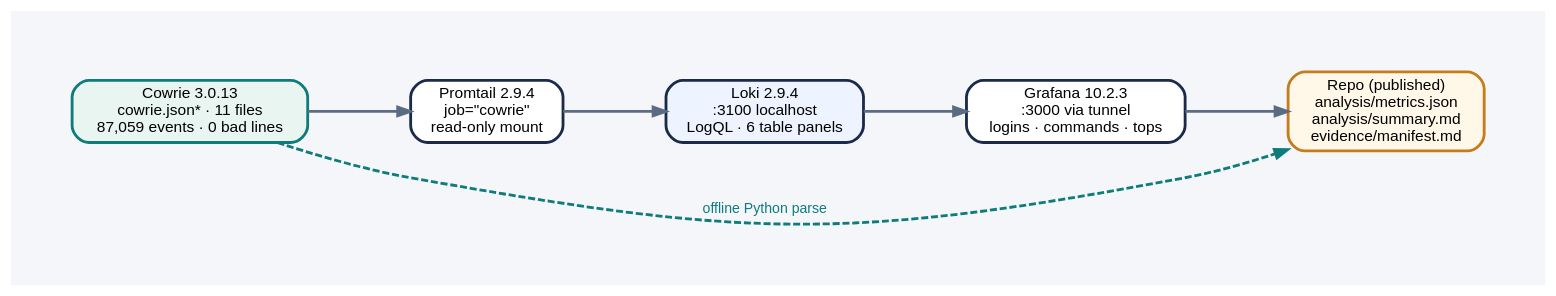
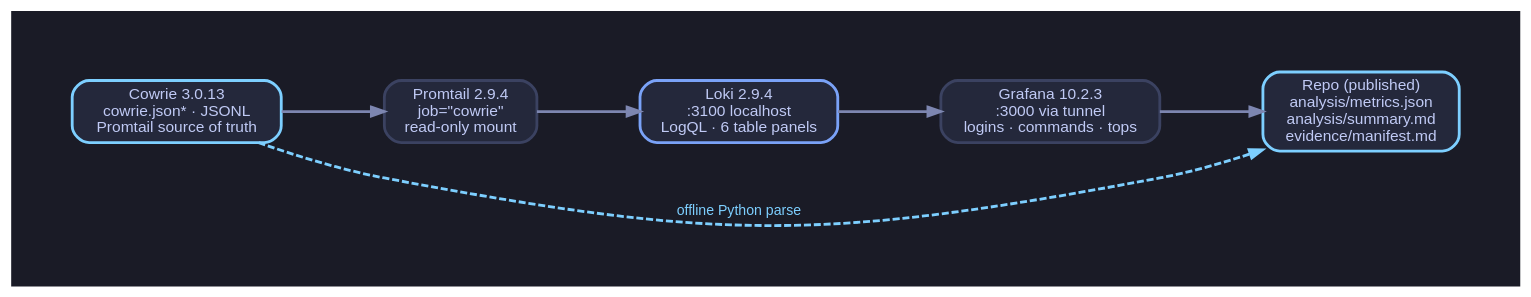
The diagram in diagrams/data-pipeline.dot (aaadarsh1337/threat-harbour), drawn with Graphviz before and after one commit. The commit also changed 3 other files, not shown here.

```diff
--- a/diagrams/data-pipeline.dot
+++ b/diagrams/data-pipeline.dot
@@ -1,23 +1,27 @@
 // Source for diagrams/data-pipeline.png — render with:
 //   dot -Tpng -Gdpi=150 diagrams/data-pipeline.dot -o diagrams/data-pipeline.png
+// Theme: Tokyo Night (matches aaadarsh1337.github.io/intel + css/tokens.css).
+// NOTE: node labels stay count-free so the diagram never goes stale;
+// live numbers live in analysis/metrics.json, not in the image.
 digraph pipeline {
   rankdir=LR;
-  bgcolor="#f4f6f9";
+  bgcolor="#1a1b26";
   pad=0.6;
   nodesep=0.7;
   ranksep=1.0;
-  node [shape=box, style="rounded,filled", fontname="Helvetica", fontsize=11, color="#1b2a4a", penwidth=2];
-  edge [fontname="Helvetica", fontsize=10, fontcolor="#5b6b82", color="#5b6b82", penwidth=2, arrowsize=0.9];
+  node [shape=box, style="rounded,filled", fontname="Helvetica", fontsize=11,
+        fillcolor="#24283b", fontcolor="#c0caf5", color="#3b4261", penwidth=2];
+  edge [fontname="Helvetica", fontsize=10, fontcolor="#7d86b0", color="#7d86b0", penwidth=2, arrowsize=0.9];
 
-  cowrie [label="Cowrie 3.0.13\ncowrie.json* · 11 files\n87,059 events · 0 bad lines", fillcolor="#e9f5f0", color="#0e7c7b"];
-  promtail [label="Promtail 2.9.4\njob=\"cowrie\"\nread-only mount", fillcolor="white"];
-  loki [label="Loki 2.9.4\n:3100 localhost\nLogQL · 6 table panels", fillcolor="#eef4ff"];
-  grafana [label="Grafana 10.2.3\n:3000 via tunnel\nlogins · commands · tops", fillcolor="white"];
-  repo [label="Repo (published)\nanalysis/metrics.json\nanalysis/summary.md\nevidence/manifest.md", fillcolor="#fff7e8", color="#c67c1b"];
+  cowrie [label="Cowrie 3.0.13\ncowrie.json* · JSONL\nPromtail source of truth", color="#7dcfff"];
+  promtail [label="Promtail 2.9.4\njob=\"cowrie\"\nread-only mount"];
+  loki [label="Loki 2.9.4\n:3100 localhost\nLogQL · 6 table panels", color="#7aa2f7"];
+  grafana [label="Grafana 10.2.3\n:3000 via tunnel\nlogins · commands · tops"];
+  repo [label="Repo (published)\nanalysis/metrics.json\nanalysis/summary.md\nevidence/manifest.md", color="#7dcfff"];
 
   cowrie -> promtail;
   promtail -> loki;
   loki -> grafana;
   grafana -> repo;
-  cowrie -> repo [label="offline Python parse", style=dashed, color="#0e7c7b", fontcolor="#0e7c7b", constraint=false];
+  cowrie -> repo [label="offline Python parse", style=dashed, color="#7dcfff", fontcolor="#7dcfff", constraint=false];
 }
```
